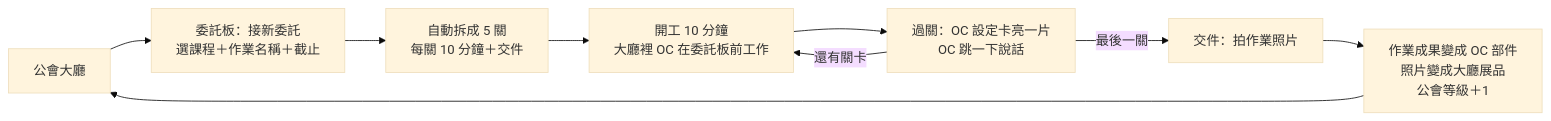
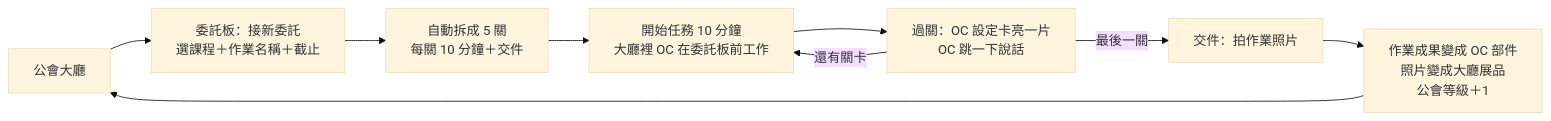
Before and after one commit to otis222/oc-guild-quest: the diagram in docs/企劃表.md, drawn with Mermaid (base theme). The commit also changed other lines of this file and 16 other files, not shown here.

````diff
--- a/docs/企劃表.md
+++ b/docs/企劃表.md
@@ -43,11 +43,11 @@
 ```mermaid
 flowchart LR
   A[公會大廳] --> B[委託板：接新委託<br/>選課程＋作業名稱＋截止]
   B --> C[自動拆成 5 關<br/>每關 10 分鐘＋交件]
-  C --> D[開工 10 分鐘<br/>大廳裡 OC 在委託板前工作]
+  C --> D[開始任務 10 分鐘<br/>大廳裡 OC 在委託板前工作]
   D --> E[過關：OC 設定卡亮一片<br/>OC 跳一下說話]
   E -->|還有關卡| D
   E -->|最後一關| F[交件：拍作業照片]
   F --> G[作業成果變成 OC 部件<br/>照片變成大廳展品<br/>公會等級＋1]
   G --> A
 ```
````
